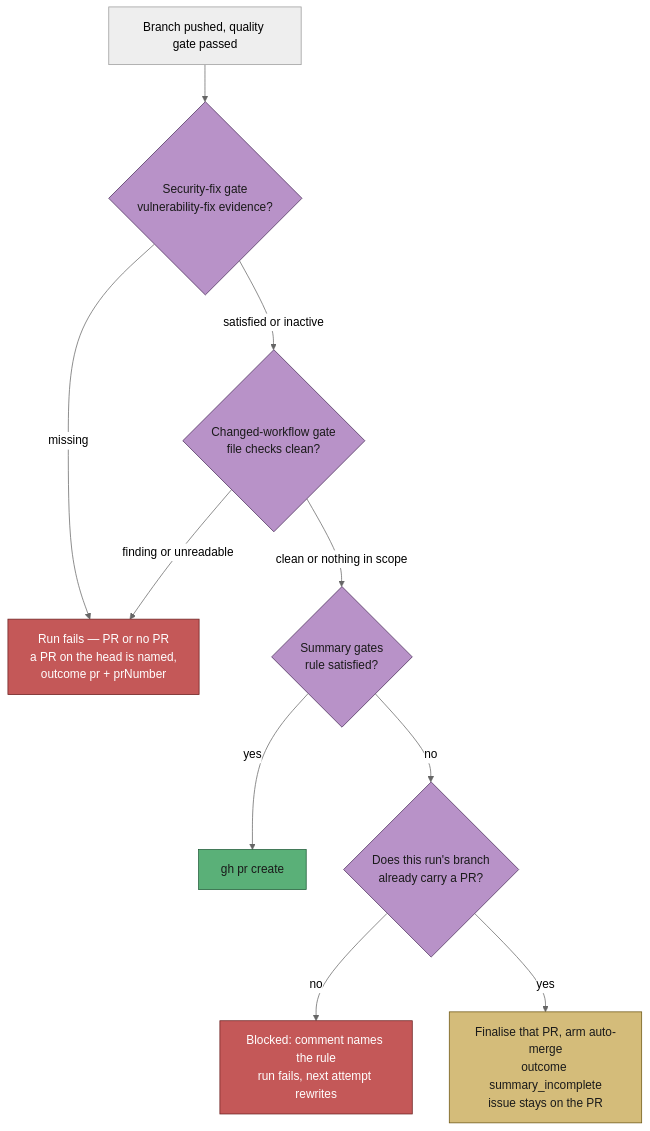
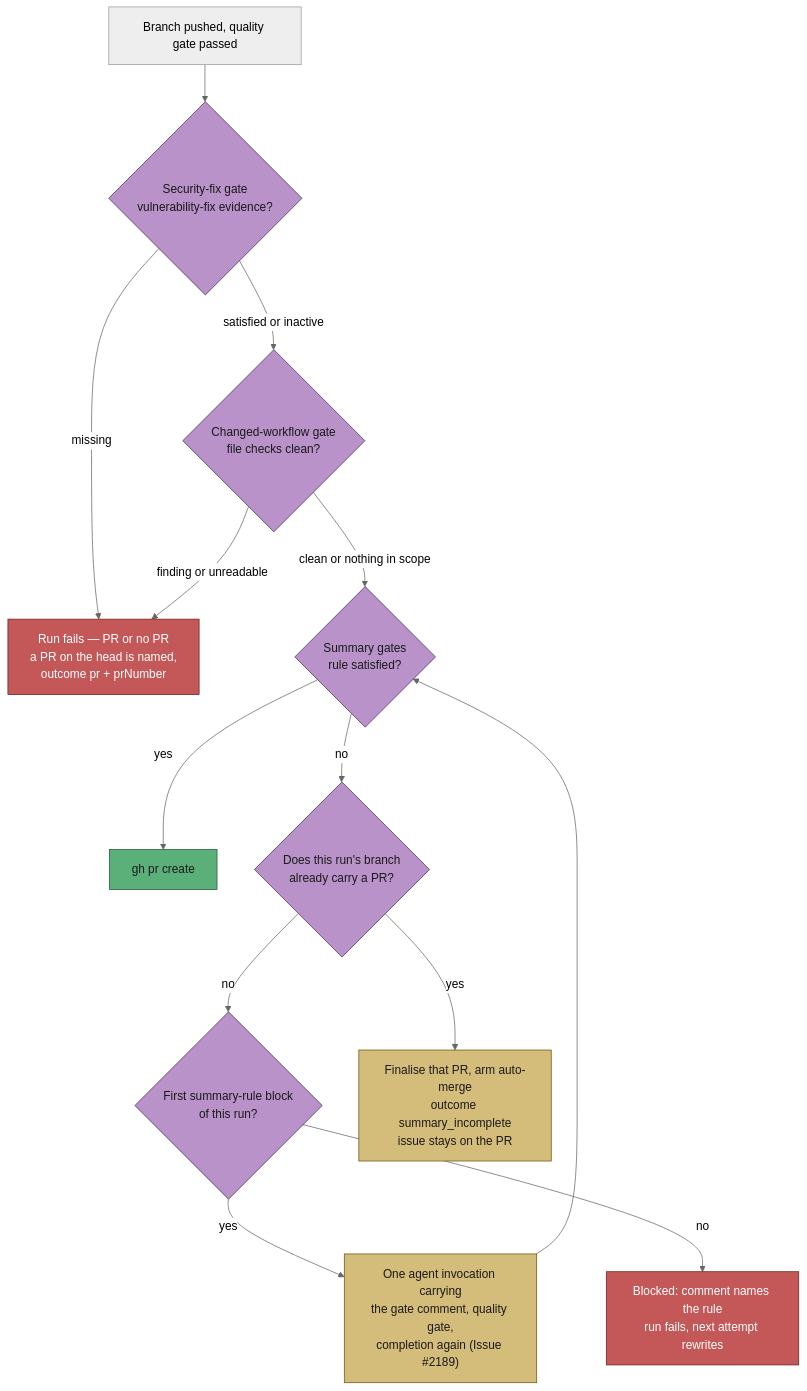
One commit to stSoftwareAU/VibeCoder changed diagram 16 of 18 in docs/workflows/issue-processing.md. Above: the diagram before and after it, drawn with Mermaid (neutral theme). The commit also changed other lines of this file and 5 other files, not shown here.

First line of the commit message:
Recover in-run from a PR-summary rule block (#2189)

````diff
--- a/docs/workflows/issue-processing.md
+++ b/docs/workflows/issue-processing.md
@@ -1136,20 +1136,25 @@
 ```mermaid
 flowchart TD
     A["Branch pushed, quality gate passed"] --> SEC{"Security-fix gate<br/>vulnerability-fix evidence?"}
     SEC -->|"missing"| F2["Run fails — PR or no PR<br/>a PR on the head is named,<br/>outcome pr + prNumber"]
     SEC -->|"satisfied or inactive"| WF{"Changed-workflow gate<br/>file checks clean?"}
     WF -->|"finding or unreadable"| F2
     WF -->|"clean or nothing in scope"| G{"Summary gates<br/>rule satisfied?"}
     G -->|yes| PR["gh pr create"]
     G -->|no| Q{"Does this run's branch<br/>already carry a PR?"}
-    Q -->|no| F["Blocked: comment names the rule<br/>run fails, next attempt rewrites"]
+    Q -->|no| R{"First summary-rule block<br/>of this run?"}
+    R -->|yes| RT["One agent invocation carrying<br/>the gate comment, quality gate,<br/>completion again (Issue #2189)"]
+    RT --> G
+    R -->|no| F["Blocked: comment names the rule<br/>run fails, next attempt rewrites"]
     Q -->|yes| S["Finalise that PR, arm auto-merge<br/>outcome summary_incomplete<br/>issue stays on the PR"]
     style SEC fill:#b892c8,stroke:#4a2d5a,color:#1a1a1a
     style WF fill:#b892c8,stroke:#4a2d5a,color:#1a1a1a
     style G fill:#b892c8,stroke:#4a2d5a,color:#1a1a1a
     style Q fill:#b892c8,stroke:#4a2d5a,color:#1a1a1a
+    style R fill:#b892c8,stroke:#4a2d5a,color:#1a1a1a
+    style RT fill:#d4bc7a,stroke:#6b5510,color:#1a1a1a
     style PR fill:#5ab078,stroke:#1d5a35,color:#1a1a1a
     style S fill:#d4bc7a,stroke:#6b5510,color:#1a1a1a
     style F fill:#c45858,stroke:#6b2020,color:#fff
     style F2 fill:#c45858,stroke:#6b2020,color:#fff
 ```
````
